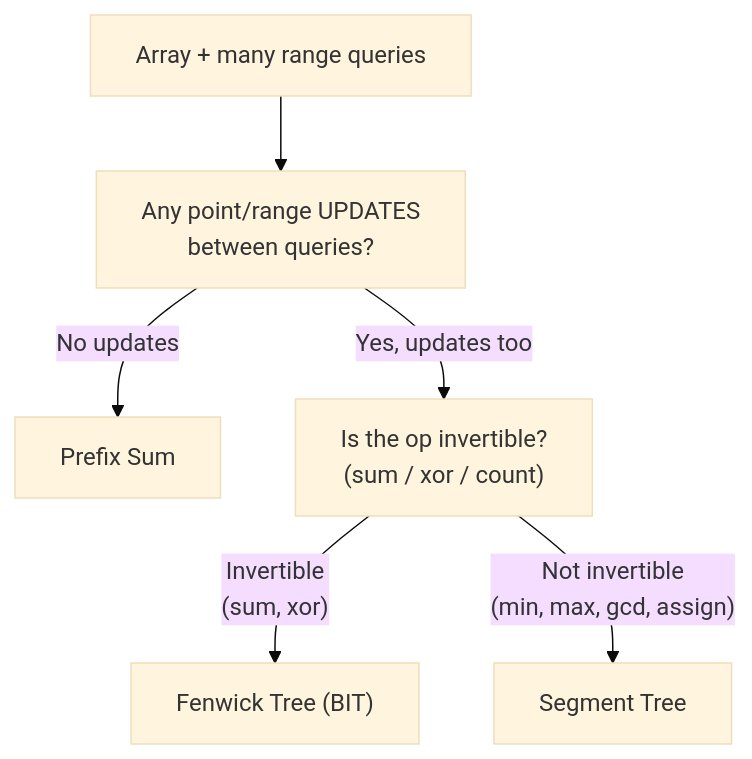
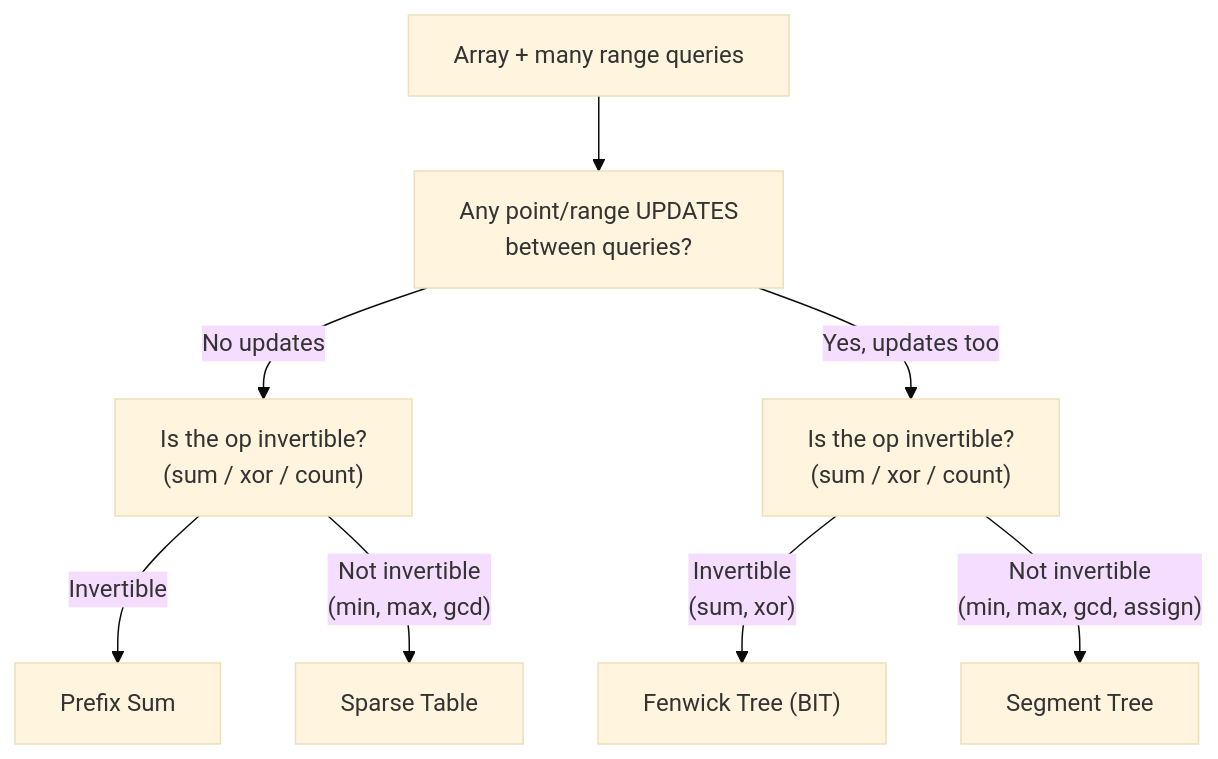
One commit to phuongdinh1411/cses-analyses changed the sixth of 7 diagrams in pattern/DecisionMap.md. Above: the diagram before and after it, drawn with Mermaid (base theme). The commit also changed other lines of this file and 14 other files, not shown here.

````diff
--- a/pattern/DecisionMap.md
+++ b/pattern/DecisionMap.md
@@ -214,9 +220,11 @@
 ```mermaid
 graph TD
     R["Array + many range queries"]
     R --> R1["Any point/range UPDATES<br/>between queries?"]
-    R1 -->|"No updates"| PSX["Prefix Sum"]
+    R1 -->|"No updates"| R3["Is the op invertible?<br/>(sum / xor / count)"]
+    R3 -->|"Invertible"| PSX["Prefix Sum"]
+    R3 -->|"Not invertible<br/>(min, max, gcd)"| SPT["Sparse Table"]
     R1 -->|"Yes, updates too"| R2["Is the op invertible?<br/>(sum / xor / count)"]
     R2 -->|"Invertible<br/>(sum, xor)"| FEN["Fenwick Tree (BIT)"]
     R2 -->|"Not invertible<br/>(min, max, gcd, assign)"| SEG["Segment Tree"]
 ```
````
